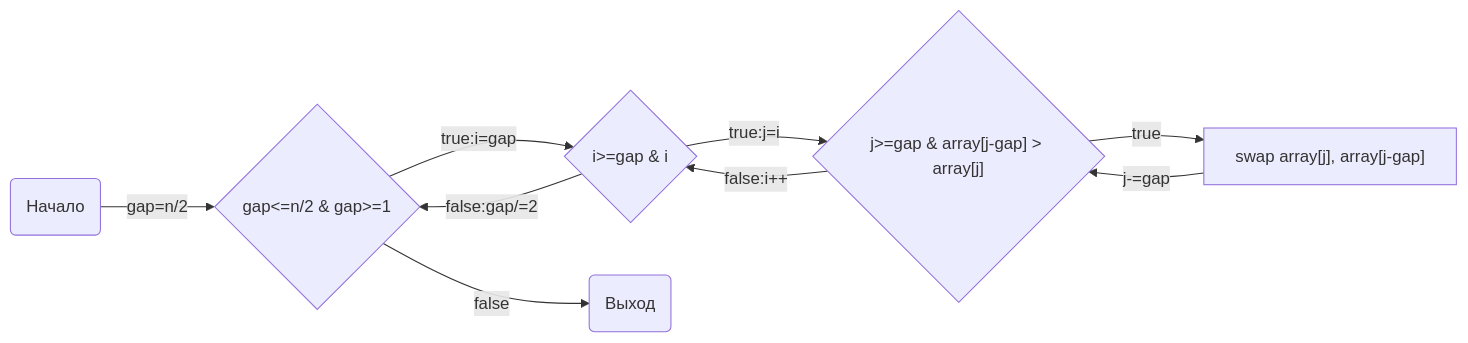
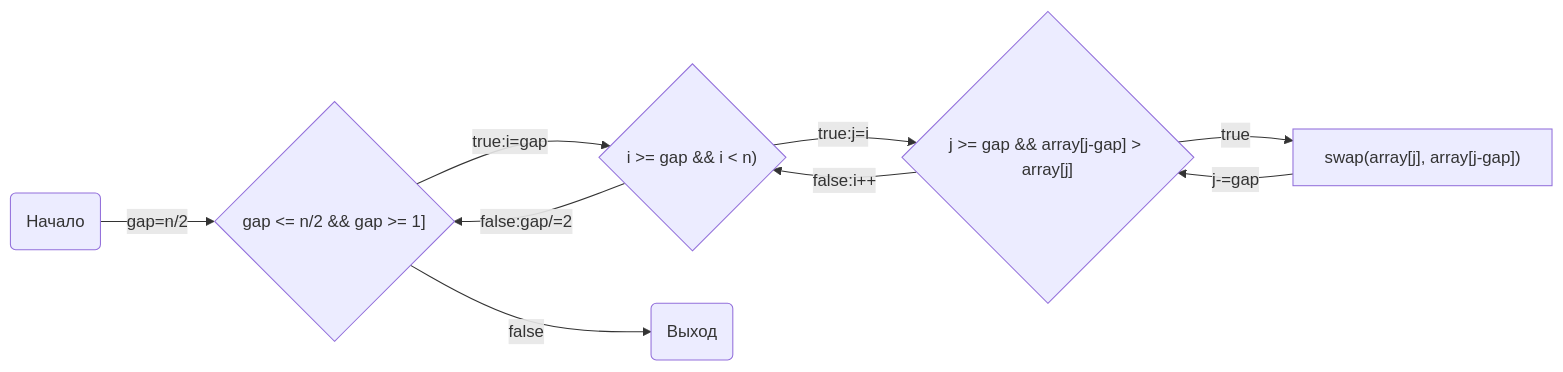
Before and after one commit to Sarkoxed/ParProg2022: the diagram in lab3/lab3.md, drawn with Mermaid. The commit also changed other lines of this file, not shown here.

````diff
--- a/lab3/lab3.md
+++ b/lab3/lab3.md
@@ -33,12 +33,12 @@
 ```mermaid
 %%{ init : { "flowchart" : "curve" : {"stepAfter", "diagramPadding" : 20}}%%
 	graph LR
-		A(Начало) --> |"gap=n/2"|B{gap<=n/2 & gap>=1}
-        B --> |"true:i=gap"|C{ i>=gap & i<n }
+		A(Начало) --> |"gap=n/2"|B{"gap <= n/2 && gap >= 1]"}
+        B --> |"true:i=gap"|C{"i >= gap && i < n)"}
         B --> |false|F(Выход)
-        C --> |"true:j=i"|D{"j>=gap & array[j-gap] > array[j]"}
+        C --> |"true:j=i"|D{"j >= gap && array[j-gap] > array[j]"}
         C --> |"false:gap/=2"|B
-        D --> |true|E["swap array[j], array[j-gap]"]
+        D --> |true|E["swap(array[j], array[j-gap])"]
         D --> |"false:i++"|C
         E --> |"j-=gap"|D
 ```
````
